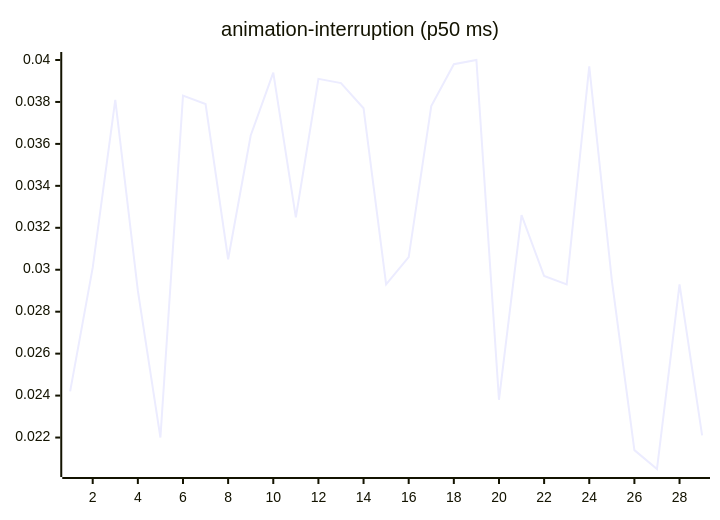
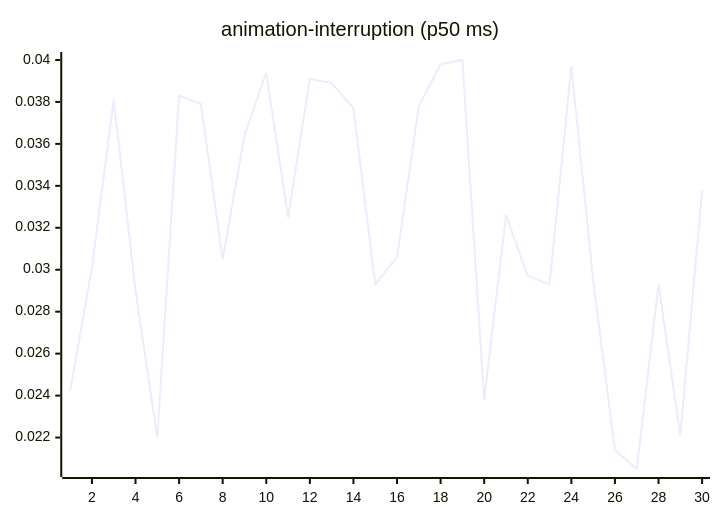
One commit to josha/Facet changed the third of 27 diagrams in README.md. Above: the diagram before and after it, drawn with Mermaid. The commit also changed other lines of this file and 2 other files, not shown here.

````diff
--- a/README.md
+++ b/README.md
@@ -77,6 +77,6 @@
 ```mermaid
 xychart-beta
     title "animation-interruption (p50 ms)"
-    x-axis 1 --> 29
-    line [0.0242, 0.0301, 0.0381, 0.0290, 0.0220, 0.0383, 0.0379, 0.0305, 0.0364, 0.0394, 0.0325, 0.0391, 0.0389, 0.0377, 0.0293, 0.0306, 0.0378, 0.0398, 0.0400, 0.0238, 0.0326, 0.0297, 0.0293, 0.0397, 0.0295, 0.0214, 0.0205, 0.0293, 0.0221]
+    x-axis 1 --> 30
+    line [0.0242, 0.0301, 0.0381, 0.0290, 0.0220, 0.0383, 0.0379, 0.0305, 0.0364, 0.0394, 0.0325, 0.0391, 0.0389, 0.0377, 0.0293, 0.0306, 0.0378, 0.0398, 0.0400, 0.0238, 0.0326, 0.0297, 0.0293, 0.0397, 0.0295, 0.0214, 0.0205, 0.0293, 0.0221, 0.0338]
 ```
````
